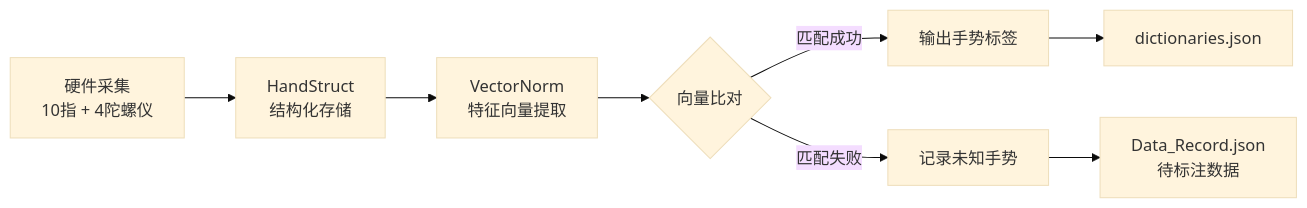
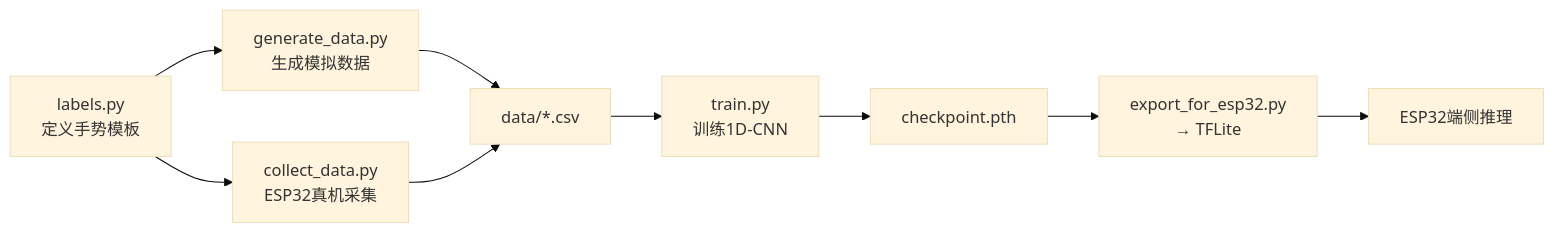
One commit to Tiseeee/Sign_Language_Recognition_Gloves changed the second of 2 diagrams in README.md. Above: the diagram before and after it, drawn with Mermaid (base theme). The commit also changed other lines of this file, not shown here.

````diff
--- a/README.md
+++ b/README.md
@@ -292,10 +355,11 @@
 ```mermaid
 flowchart LR
-    A[硬件采集<br/>10指 + 4陀螺仪] --> B[HandStruct<br/>结构化存储]
-    B --> C[VectorNorm<br/>特征向量提取]
-    C --> D{向量比对}
-    D -->|匹配成功| E[输出手势标签]
-    D -->|匹配失败| F[记录未知手势]
-    E --> G[dictionaries.json]
-    F --> H[Data_Record.json<br/>待标注数据]
+    A[labels.py<br/>定义手势模板] --> B[generate_data.py<br/>生成模拟数据]
+    A --> C[collect_data.py<br/>ESP32真机采集]
+    B --> D[data/*.csv]
+    C --> D
+    D --> E[train.py<br/>训练1D-CNN]
+    E --> F[checkpoint.pth]
+    F --> G[export_for_esp32.py<br/>→ TFLite]
+    G --> H[ESP32端侧推理]
 ```
````
